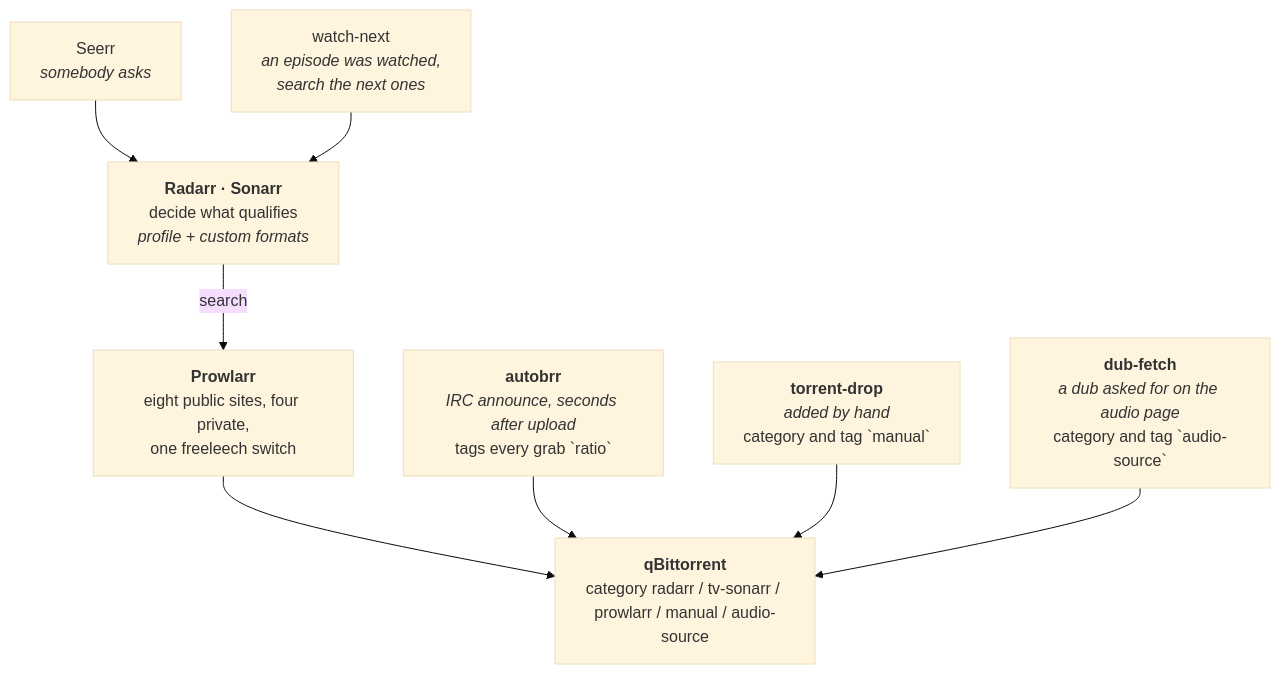
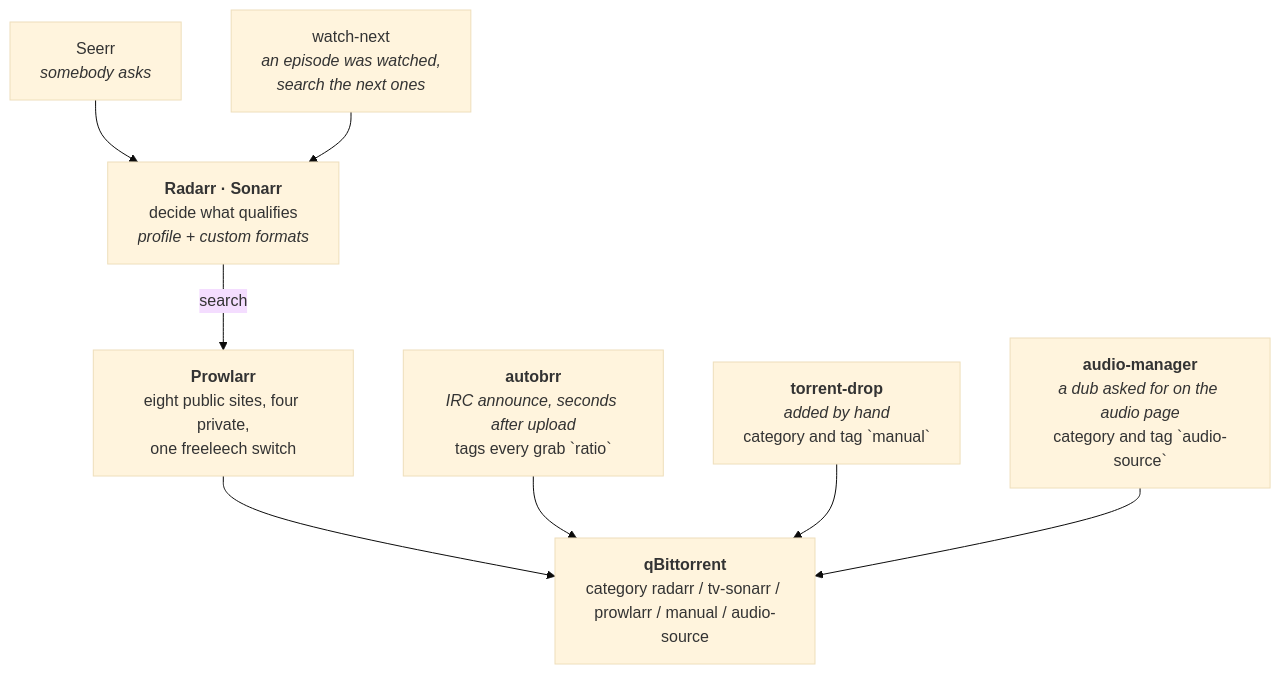
The diagram in docs/lifecycle.md (PlatanosVerdes/rpi-homeserver), drawn with Mermaid (base theme) before and after one commit. The commit also changed other lines of this file and 46 other files, not shown here.

First line of the commit message:
audio-manager: fetch dubs in the service itself, Check with live progress (#224)

````diff
--- a/docs/lifecycle.md
+++ b/docs/lifecycle.md
@@ -25,11 +25,11 @@
 ```mermaid
 flowchart TB
   OV["Seerr<br/><i>somebody asks</i>"] --> ARR
   WN["watch-next<br/><i>an episode was watched,<br/>search the next ones</i>"] --> ARR
   ARR["<b>Radarr · Sonarr</b><br/>decide what qualifies<br/><i>profile + custom formats</i>"] -->|"search"| PW
   PW["<b>Prowlarr</b><br/>eight public sites, four private,<br/>one freeleech switch"] --> QB
   BRR["<b>autobrr</b><br/><i>IRC announce, seconds after upload</i><br/>tags every grab `ratio`"] --> QB
   TD["<b>torrent-drop</b><br/><i>added by hand</i><br/>category and tag `manual`"] --> QB
-  DF["<b>dub-fetch</b><br/><i>a dub asked for on the audio page</i><br/>category and tag `audio-source`"] --> QB
+  DF["<b>audio-manager</b><br/><i>a dub asked for on the audio page</i><br/>category and tag `audio-source`"] --> QB
   QB["<b>qBittorrent</b><br/>category radarr / tv-sonarr / prowlarr / manual / audio-source"]
 ```
````
